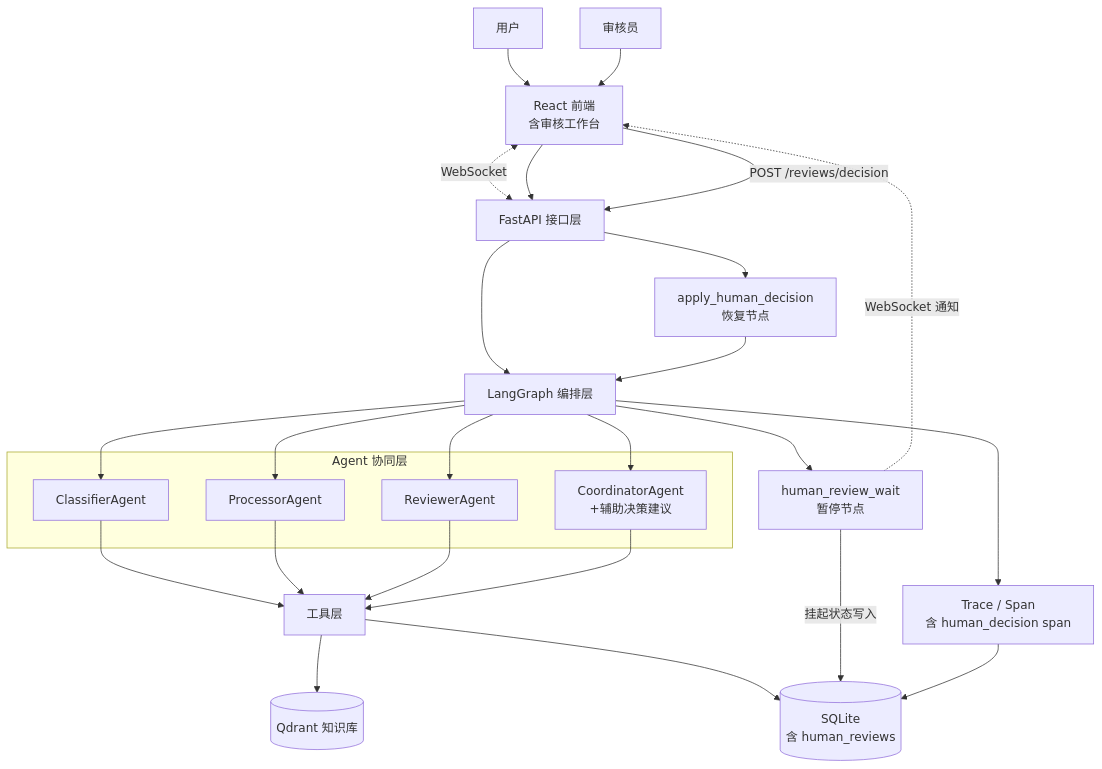
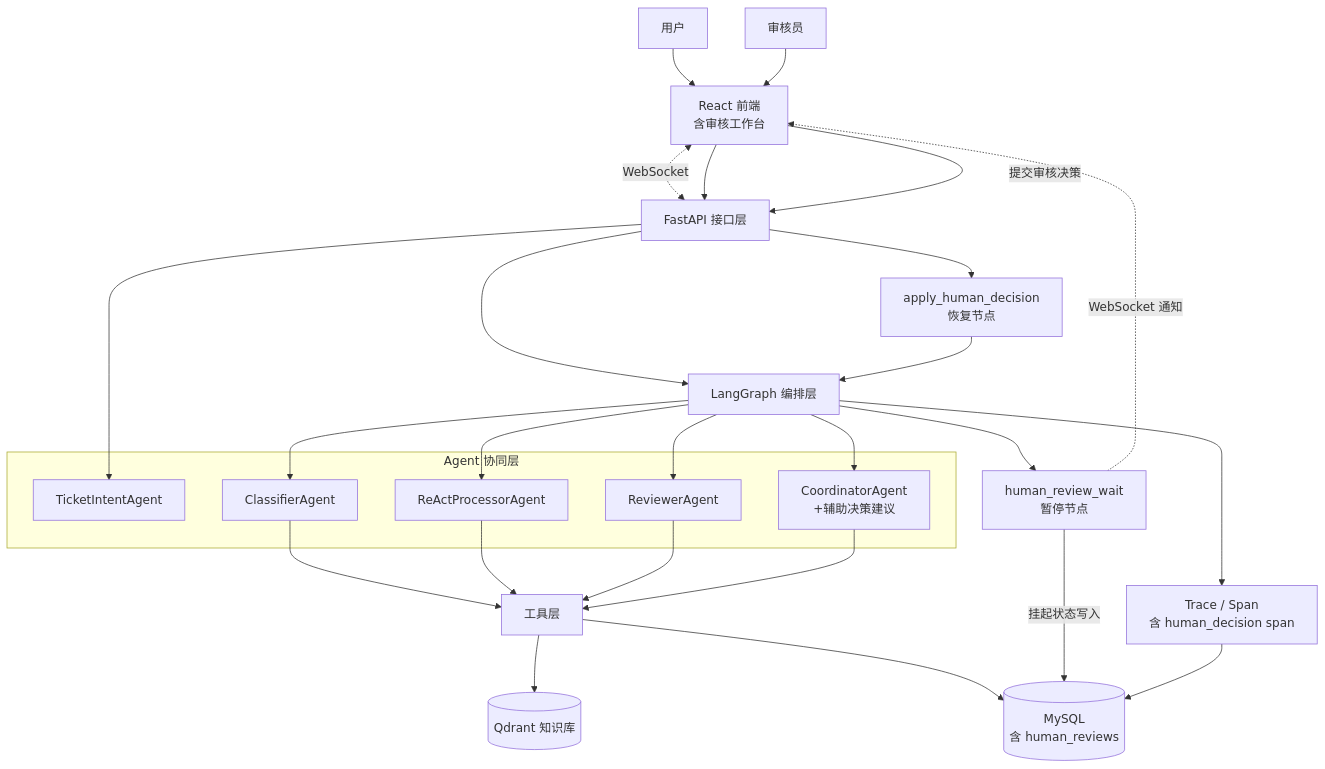
The first of 4 diagrams in docs/design-spec/01_正式设计/09_人工审核工作台设计.md (ArtLjn/AgentDesk), drawn with Mermaid before and after one commit. The commit also changed other lines of this file and 23 other files, not shown here.

````diff
--- a/docs/design-spec/01_正式设计/09_人工审核工作台设计.md
+++ b/docs/design-spec/01_正式设计/09_人工审核工作台设计.md
@@ -45,34 +45,36 @@
 ```mermaid
 flowchart TB
     User[用户] --> Web[React 前端<br/>含审核工作台]
     Reviewer[审核员] --> Web
     Web <-. WebSocket .-> API
     Web --> API[FastAPI 接口层]
 
     API --> Graph[LangGraph 编排层]
 
     subgraph AgentLayer[Agent 协同层]
+        I1[TicketIntentAgent]
         C1[ClassifierAgent]
-        P1[ProcessorAgent]
+        P1[ReActProcessorAgent]
         R1[ReviewerAgent]
         S1[CoordinatorAgent<br/>+辅助决策建议]
     end
+    API --> I1
     Graph --> C1
     Graph --> P1
     Graph --> R1
     Graph --> S1
 
     C1 & P1 & R1 & S1 --> Tools[工具层]
     Tools --> KB[(Qdrant 知识库)]
-    Tools --> DB[(SQLite<br/>含 human_reviews)]
+    Tools --> DB[(MySQL<br/>含 human_reviews)]
 
     Graph --> HRW[human_review_wait<br/>暂停节点]
     HRW -->|挂起状态写入| DB
     HRW -.->|WebSocket 通知| Web
-    Web -->|POST /reviews/decision| API
+    Web -->|提交审核决策| API
     API --> AHD[apply_human_decision<br/>恢复节点]
     AHD --> Graph
 
     Graph --> Trace[Trace / Span<br/>含 human_decision span]
     Trace --> DB
 ```
````
